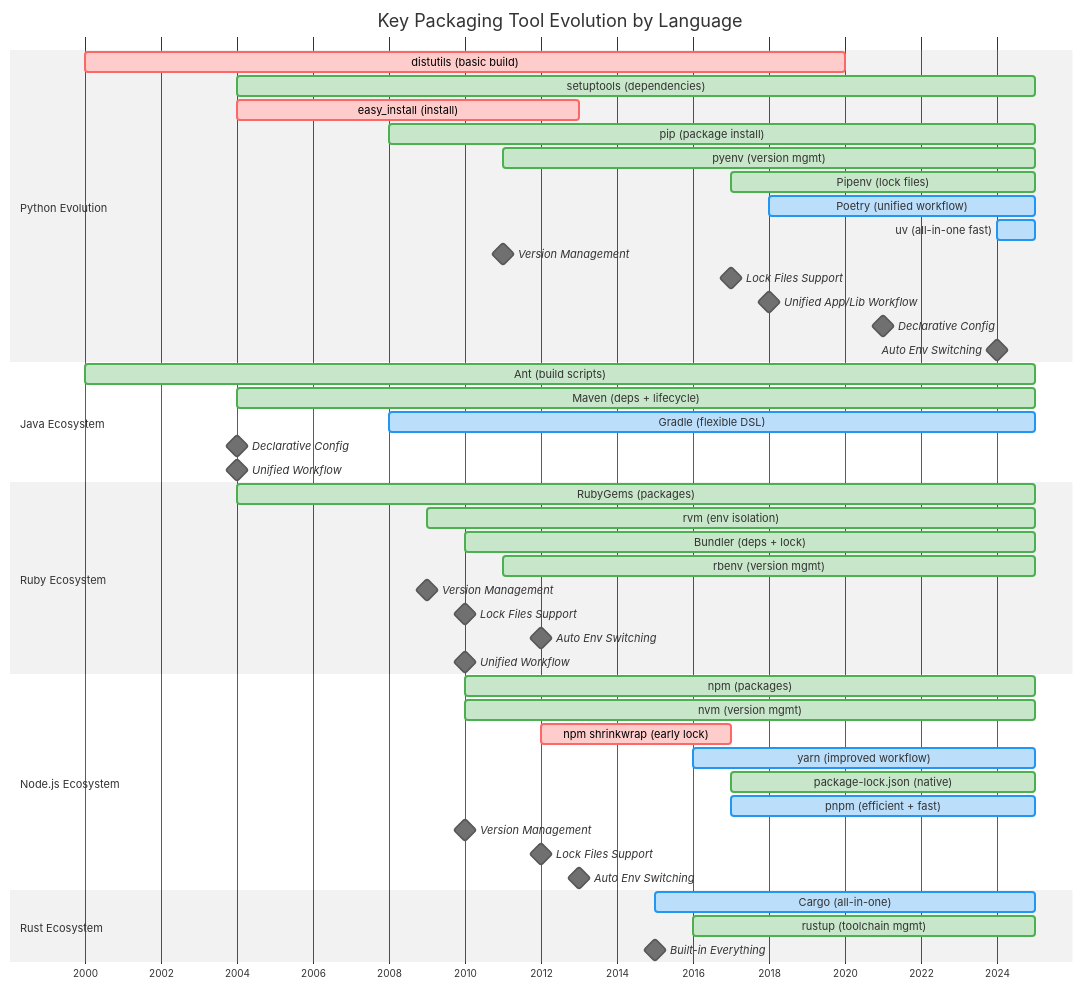
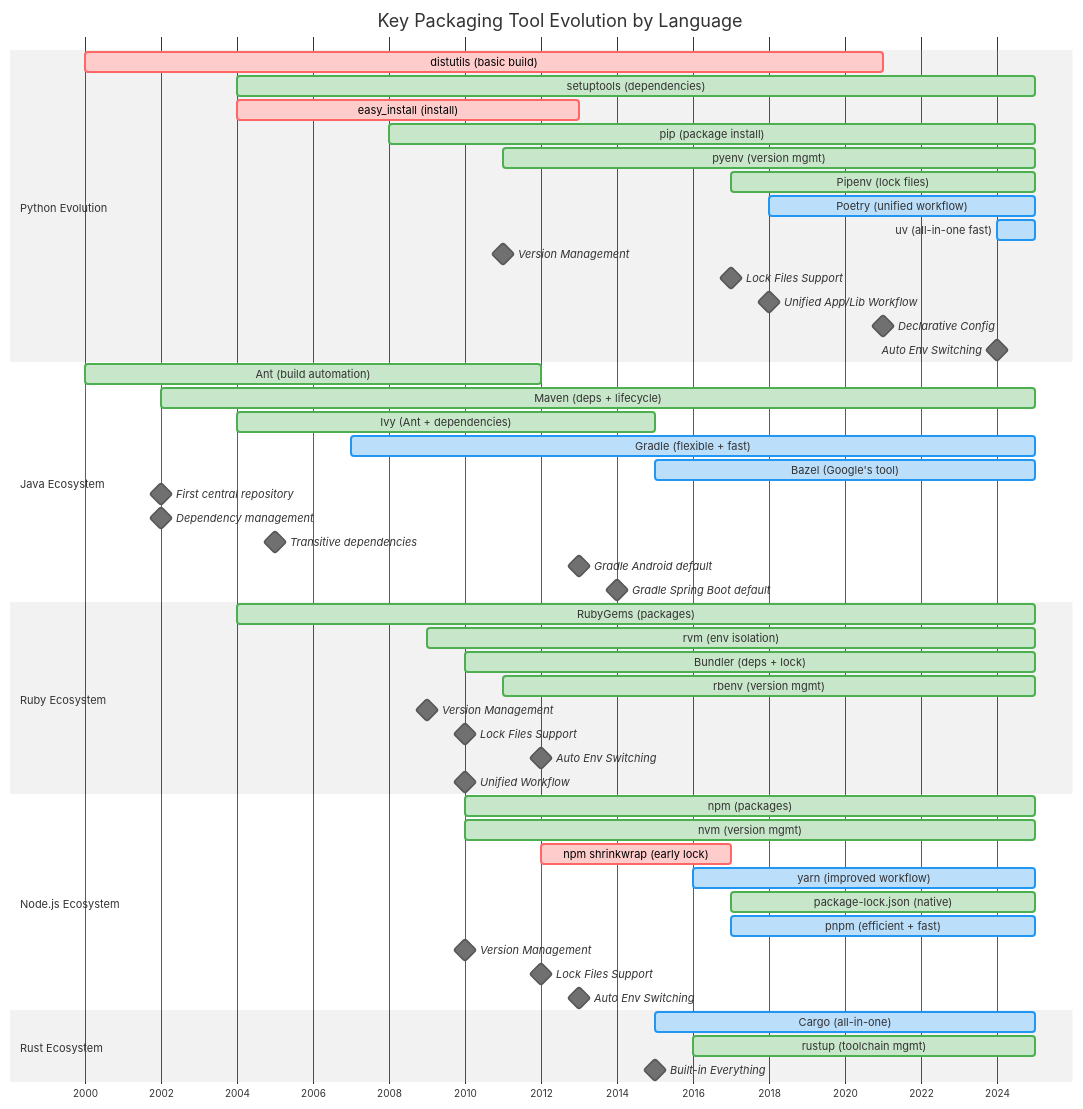
The first of 2 diagrams in python-packaging-and-best-practices/sections/08-the-problems-python-packaging-pain-points.md (d2207197/slides-and-docs), drawn with Mermaid before and after one commit. The commit also changed other lines of this file and 1 other file, not shown here.

First line of the commit message:
Enhance Python packaging timeline accuracy and add innovation milestones

````diff
--- a/python-packaging-and-best-practices/sections/08-the-problems-python-packaging-pain-points.md
+++ b/python-packaging-and-best-practices/sections/08-the-problems-python-packaging-pain-points.md
@@ -49,69 +55,74 @@
 ```mermaid
 ---
 config:
   theme: neutral
   themeVariables:
     critBkgColor: '#ffcccc'
     critBorderColor: '#ff6666'
     critTextColor: '#000000'
     doneTaskBkgColor: '#c8e6c9'
     doneTaskBorderColor: '#4caf50'
     doneTaskTextColor: '#000000'
     activeTaskBkgColor: '#bbdefb'
     activeTaskBorderColor: '#2196f3'
     activeTaskTextColor: '#000000'
     taskTextColor: '#000000'
 ---
 gantt
     title Key Packaging Tool Evolution by Language
     dateFormat YYYY
     axisFormat %Y
 
     section Python Evolution
-    distutils (basic build)          :crit, py1, 2000, 2020
+    distutils (basic build)          :crit, py1, 2000, 2021
     setuptools (dependencies)        :done, py2, 2004, 2025
     easy_install (install)           :crit, py3, 2004, 2013
     pip (package install)            :done, py4, 2008, 2025
     pyenv (version mgmt)             :done, py5, 2011, 2025
     Pipenv (lock files)              :done, py6, 2017, 2025
     Poetry (unified workflow)        :active, py7, 2018, 2025
     uv (all-in-one fast)            :active, py8, 2024, 2025
     Version Management               :milestone, py_version, 2011, 0d
     Lock Files Support               :milestone, py_lock, 2017, 0d
     Unified App/Lib Workflow         :milestone, py_unified, 2018, 0d
     Declarative Config               :milestone, py_config, 2021, 0d
     Auto Env Switching               :milestone, py_auto, 2024, 0d
 
     section Java Ecosystem
-    Ant (build scripts)              :done, java1, 2000, 2025
-    Maven (deps + lifecycle)         :done, java2, 2004, 2025
-    Gradle (flexible DSL)            :active, java3, 2008, 2025
-    Declarative Config               :milestone, java_config, 2004, 0d
-    Unified Workflow                 :milestone, java_unified, 2004, 0d
+    Ant (build automation)           :done, java1, 2000, 2012
+    Maven (deps + lifecycle)         :done, java2, 2002, 2025
+    Ivy (Ant + dependencies)         :done, java3, 2004, 2015
+    Gradle (flexible + fast)         :active, java4, 2007, 2025
+    Bazel (Google's tool)            :active, java5, 2015, 2025
+    First central repository         :milestone, java_repo, 2002, 0d
+    Dependency management            :milestone, java_deps, 2002, 0d
+    Transitive dependencies          :milestone, java_trans, 2005, 0d
+    Gradle Android default           :milestone, java_android, 2013, 0d
+    Gradle Spring Boot default       :milestone, java_spring, 2014, 0d
 
     section Ruby Ecosystem
     RubyGems (packages)              :done, ruby1, 2004, 2025
     rvm (env isolation)              :done, ruby4, 2009, 2025
     Bundler (deps + lock)            :done, ruby2, 2010, 2025
     rbenv (version mgmt)             :done, ruby3, 2011, 2025
     Version Management               :milestone, ruby_version, 2009, 0d
     Lock Files Support               :milestone, ruby_lock, 2010, 0d
     Auto Env Switching               :milestone, ruby_auto, 2012, 0d
     Unified Workflow                 :milestone, ruby_unified, 2010, 0d
 
     section Node.js Ecosystem
     npm (packages)                   :done, node1, 2010, 2025
     nvm (version mgmt)               :done, node2, 2010, 2025
     npm shrinkwrap (early lock)      :crit, node3, 2012, 2017
     yarn (improved workflow)         :active, node4, 2016, 2025
     package-lock.json (native)       :done, node5, 2017, 2025
     pnpm (efficient + fast)          :active, node6, 2017, 2025
     Version Management               :milestone, node_version, 2010, 0d
     Lock Files Support               :milestone, node_lock, 2012, 0d
     Auto Env Switching               :milestone, node_auto, 2013, 0d
 
     section Rust Ecosystem
     Cargo (all-in-one)               :active, rust1, 2015, 2025
     rustup (toolchain mgmt)          :done, rust2, 2016, 2025
     Built-in Everything              :milestone, rust_all, 2015, 0d
 ```
````
